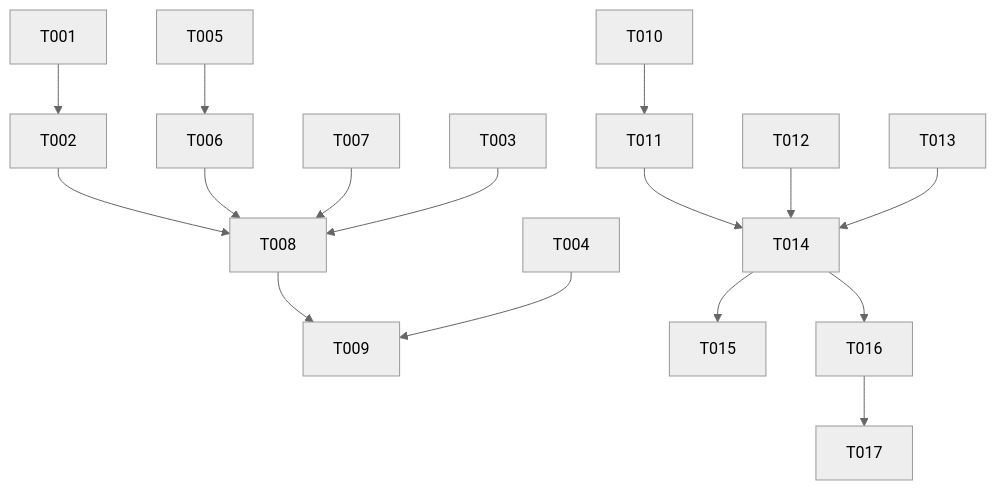
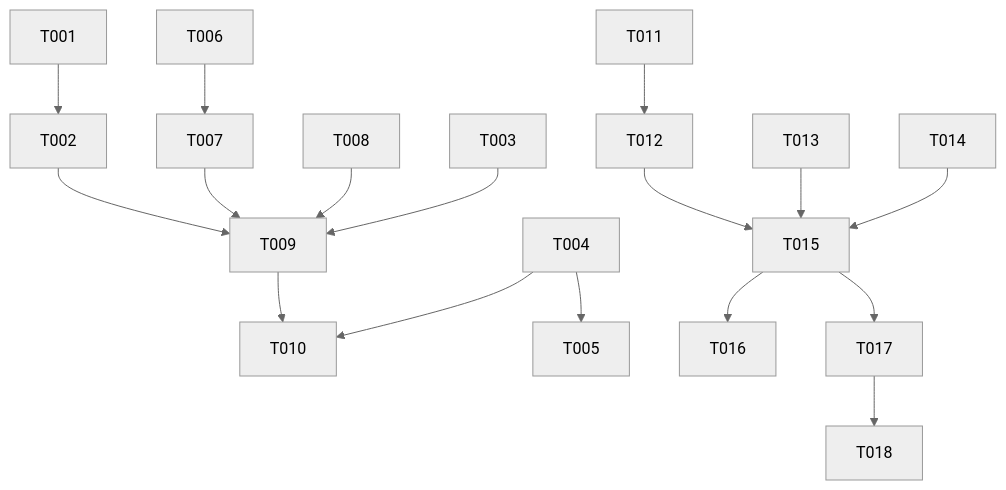
The diagram in specs/spec-006/tasks.md (Arid3n/recursos-humanos-IW), drawn with Mermaid (neutral theme) before and after one commit. The commit also changed other lines of this file and 50 other files, not shown here.

````diff
--- a/specs/spec-006/tasks.md
+++ b/specs/spec-006/tasks.md
@@ -103,12 +104,13 @@
 ```mermaid
 graph TD
-    T001 --> T002 --> T008
-    T005 --> T006 --> T008
-    T007 --> T008 --> T009
-    T003 --> T008
-    T004 --> T009
-    T010 --> T011 --> T014
-    T012 --> T014
-    T013 --> T014 --> T015
-    T014 --> T016 --> T017
+    T001 --> T002 --> T009
+    T006 --> T007 --> T009
+    T008 --> T009 --> T010
+    T003 --> T009
+    T004 --> T010
+    T004 --> T005
+    T011 --> T012 --> T015
+    T013 --> T015
+    T014 --> T015 --> T016
+    T015 --> T017 --> T018
 ```
````
